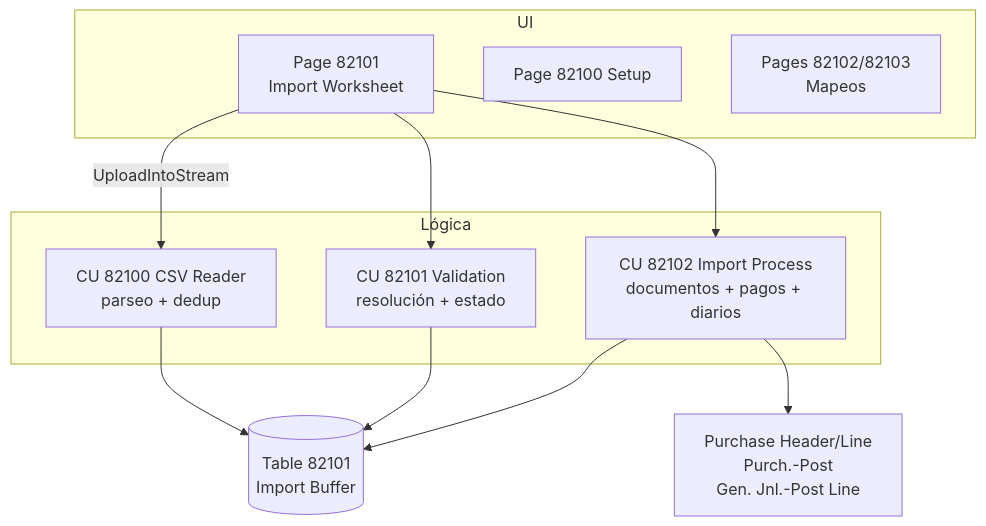
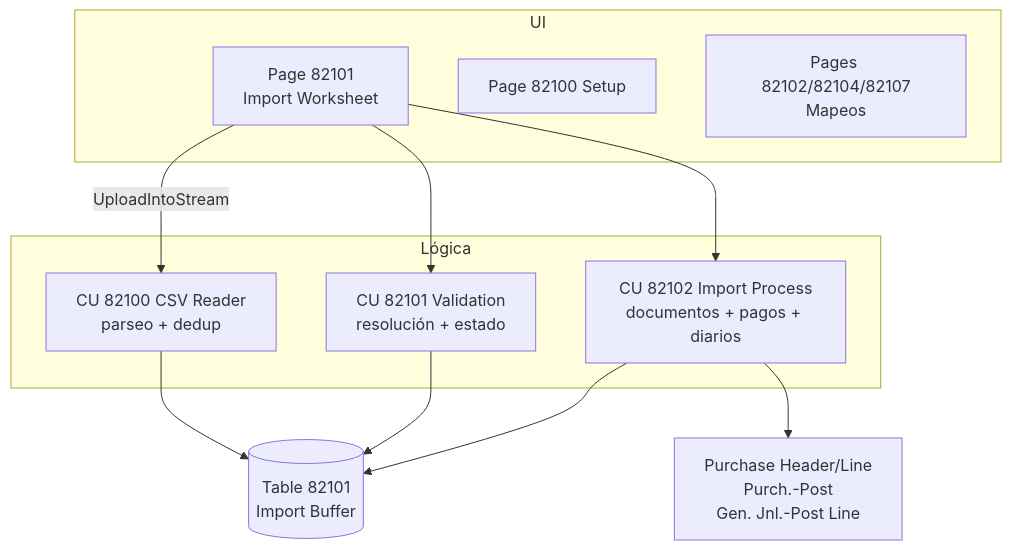
One commit to Juth001/BeDynamic365_Neelo changed the third of 3 diagrams in docs/Pleo/DiseñoImportacionPleo.md. Above: the diagram before and after it, drawn with Mermaid. The commit also changed other lines of this file and 11 other files, not shown here.

````diff
--- a/docs/Pleo/DiseñoImportacionPleo.md
+++ b/docs/Pleo/DiseñoImportacionPleo.md
@@ -196,21 +198,21 @@
 ```mermaid
 flowchart TB
     subgraph UI
         WS[Page 82101<br/>Import Worksheet]
         ST[Page 82100 Setup]
-        MAP[Pages 82102/82103<br/>Mapeos]
+        MAP[Pages 82102/82104/82107<br/>Mapeos]
     end
     subgraph Lógica
         RD[CU 82100 CSV Reader<br/>parseo + dedup]
         VAL[CU 82101 Validation<br/>resolución + estado]
         PROC[CU 82102 Import Process<br/>documentos + pagos + diarios]
     end
     BUF[(Table 82101<br/>Import Buffer)]
     WS -->|UploadIntoStream| RD
     RD --> BUF
     WS --> VAL
     VAL --> BUF
     WS --> PROC
     PROC --> BUF
     PROC --> BC[Purchase Header/Line<br/>Purch.-Post<br/>Gen. Jnl.-Post Line]
 ```
````
